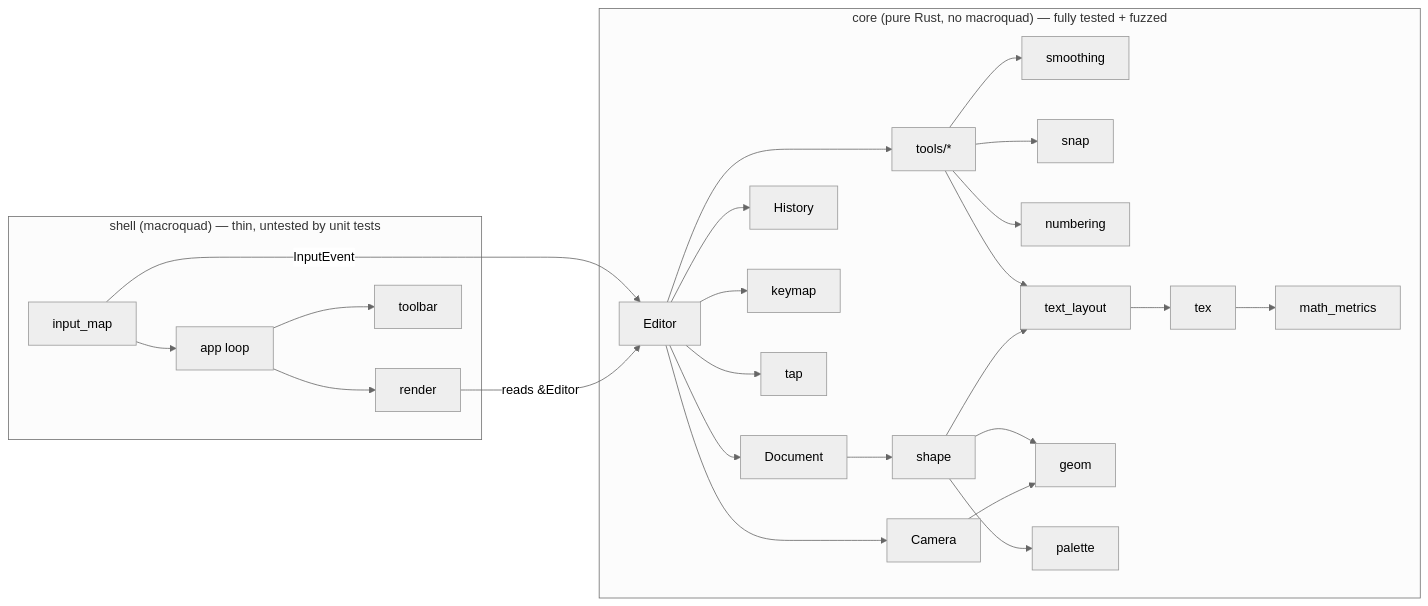
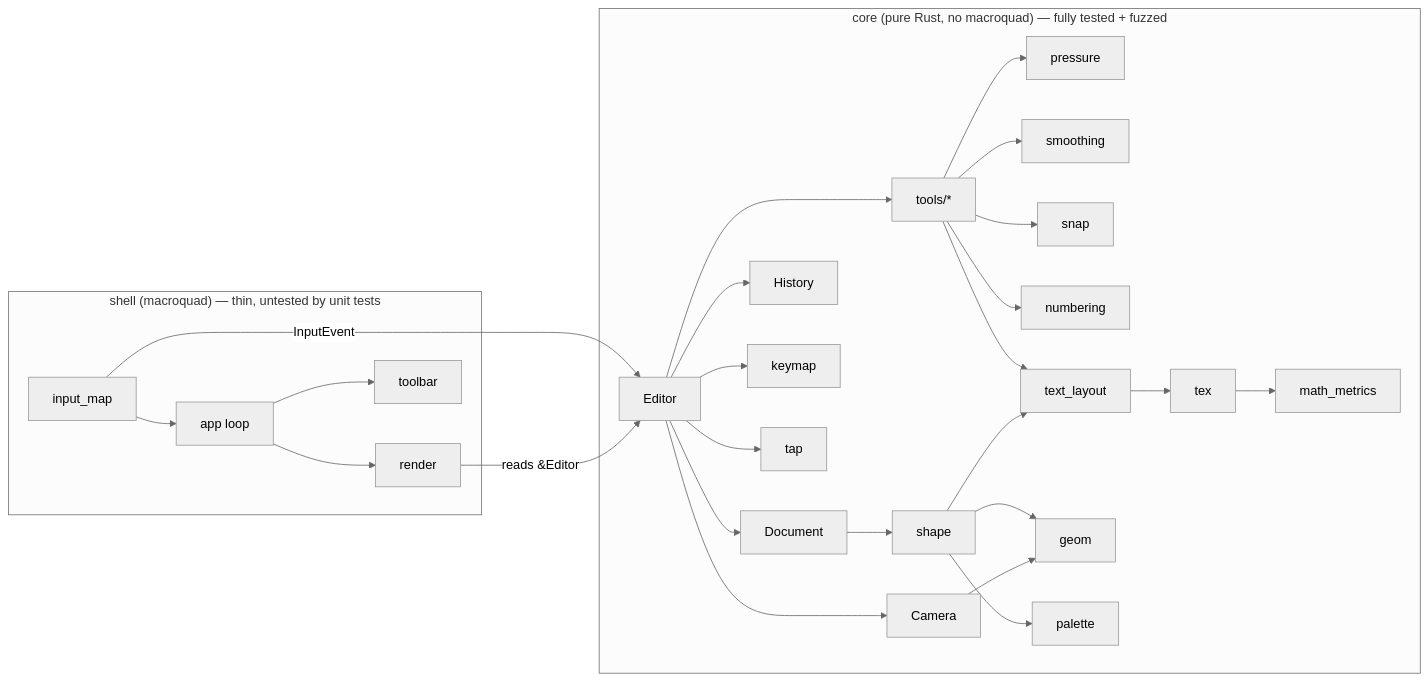
Before and after one commit to UmBender/draw: the diagram in docs/architecture/Architecture.md, drawn with Mermaid (neutral theme). The commit also changed other lines of this file and 6 other files, not shown here.

````diff
--- a/docs/architecture/Architecture.md
+++ b/docs/architecture/Architecture.md
@@ -14,29 +14,30 @@
 ```mermaid
 flowchart LR
   subgraph shell["shell (macroquad) — thin, untested by unit tests"]
     IM[input_map] --> APP[app loop]
     APP --> R[render]
     APP --> TB[toolbar]
   end
   subgraph core["core (pure Rust, no macroquad) — fully tested + fuzzed"]
     ED[Editor] --> DOC[Document]
     ED --> HIS[History]
     ED --> CAM[Camera]
     ED --> TOOLS[tools/*]
     ED --> KM[keymap]
     ED --> TAP[tap]
+    TOOLS --> PR[pressure]
     TOOLS --> SM[smoothing]
     TOOLS --> SNAP[snap]
     TOOLS --> NUM[numbering]
     TOOLS --> TL[text_layout]
     SH --> TL
     TL --> TEX[tex]
     TEX --> MM[math_metrics]
     DOC --> SH[shape]
     SH --> G[geom]
     CAM --> G
     SH --> PAL[palette]
   end
   IM -- "InputEvent" --> ED
   R -- "reads &Editor" --> ED
 ```
````
